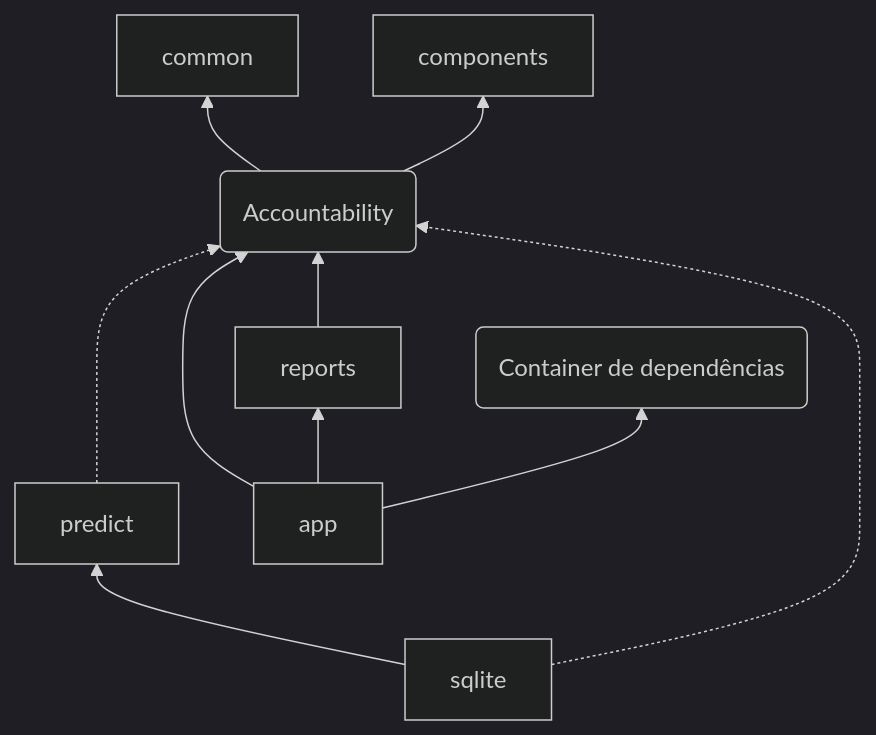
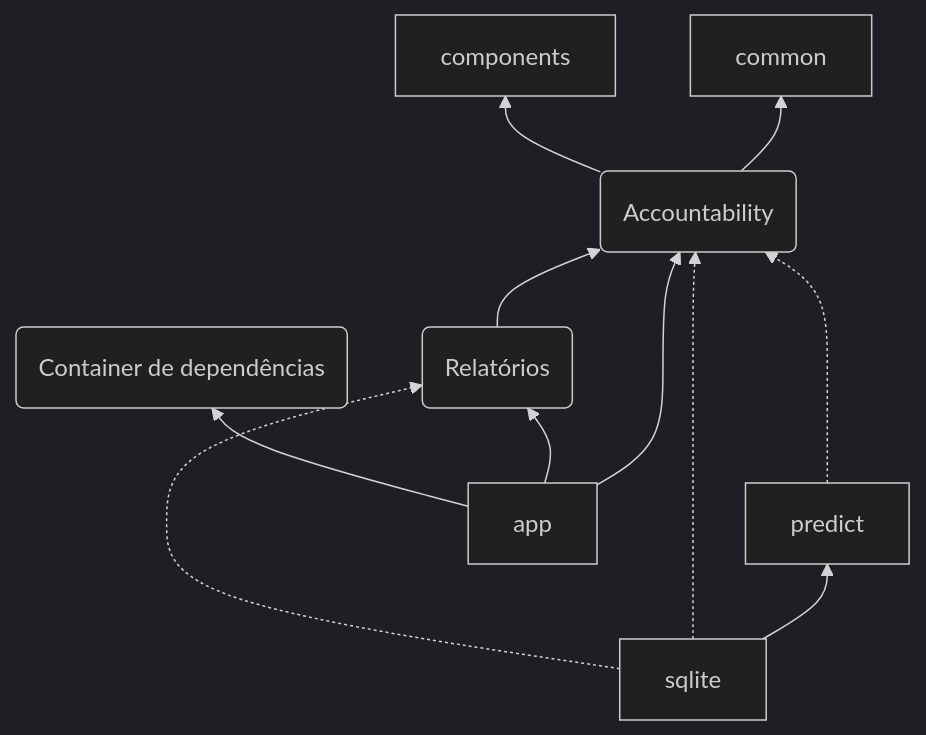
Before and after one commit to BrunoBiluca/biluca-finances: the second of 2 diagrams in docs/Arquitetura.md, drawn with Mermaid (dark theme). The commit also changed 9 other files, not shown here.

````diff
--- a/docs/Arquitetura.md
+++ b/docs/Arquitetura.md
@@ -22,25 +22,26 @@
 ```mermaid
 flowchart BT
 
 acc("Accountability")
 common
 components
 predict
-reports
+reports("Relatórios")
 sqlite
 app
 cd("Container de dependências")
 
 acc --> common
 acc --> components
 reports --> acc
 sqlite --> predict
 
 predict -..-> acc
 sqlite -..-> acc
+sqlite -..-> reports
 
 app --> acc
 app --> reports
 app --> cd
 
 ```
````
